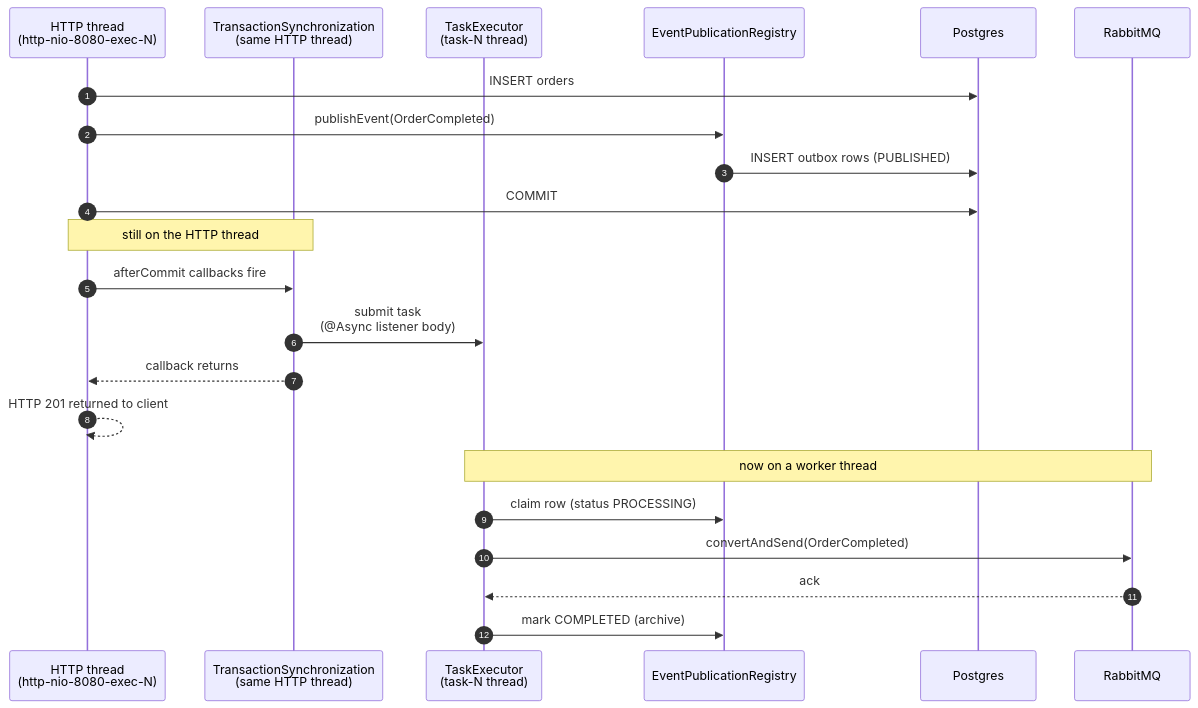
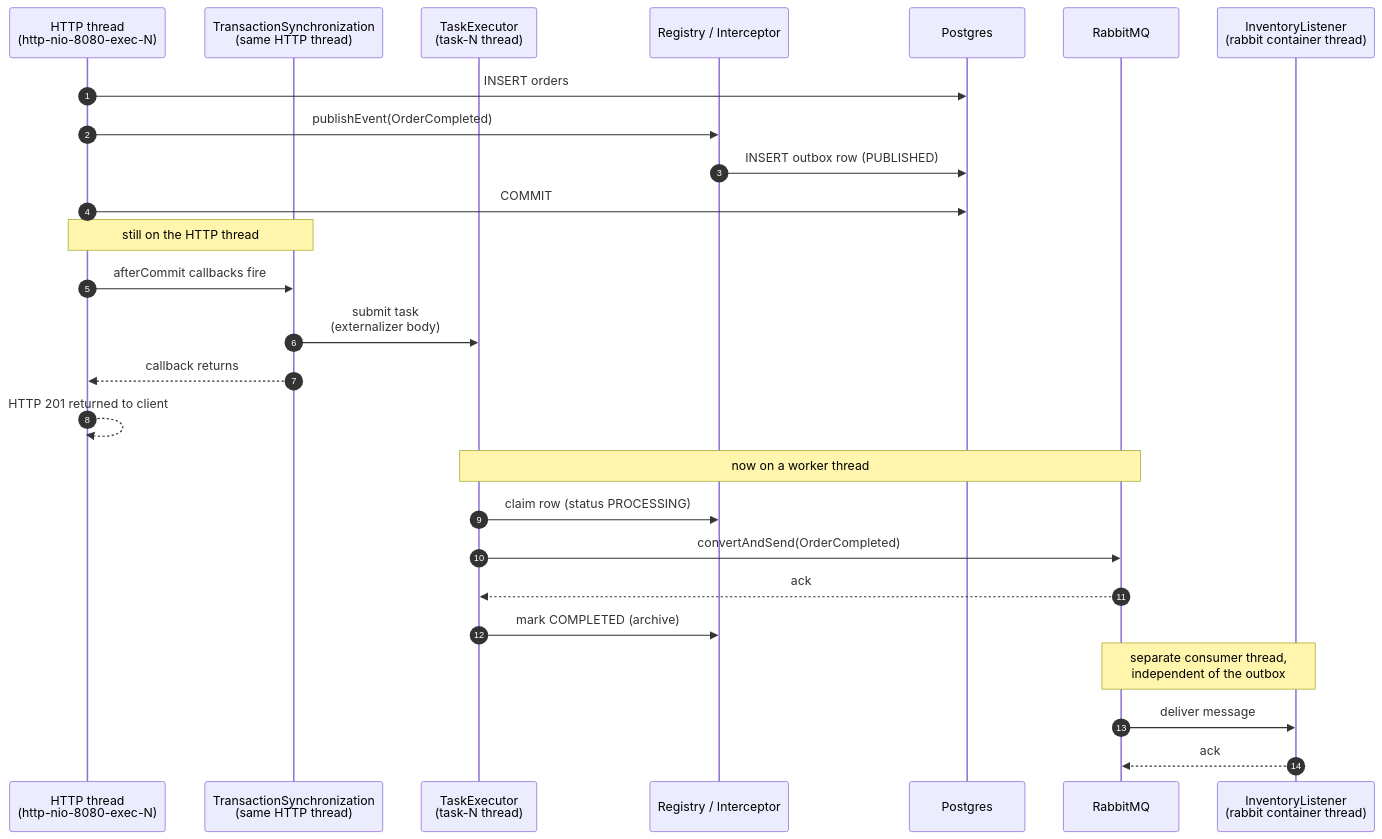
One commit to ashakirin/springboot changed the fourth of 7 diagrams in jspring-modulith-outbox/modulith-outbox.md. Above: the diagram before and after it, drawn with Mermaid. The commit also changed other lines of this file and 2 other files, not shown here.

Commit message:
Updated to real RabbitMQ listener

````diff
--- a/jspring-modulith-outbox/modulith-outbox.md
+++ b/jspring-modulith-outbox/modulith-outbox.md
@@ -184,26 +215,31 @@
 ```mermaid
 sequenceDiagram
     autonumber
     participant Http as HTTP thread<br/>(http-nio-8080-exec-N)
     participant Sync as TransactionSynchronization<br/>(same HTTP thread)
     participant Exec as TaskExecutor<br/>(task-N thread)
-    participant Reg as EventPublicationRegistry
+    participant Reg as Registry / Interceptor
     participant DB as Postgres
     participant Rabbit as RabbitMQ
+    participant Inv as InventoryListener<br/>(rabbit container thread)
 
     Http->>DB: INSERT orders
     Http->>Reg: publishEvent(OrderCompleted)
-    Reg->>DB: INSERT outbox rows (PUBLISHED)
+    Reg->>DB: INSERT outbox row (PUBLISHED)
     Http->>DB: COMMIT
     Note over Http,Sync: still on the HTTP thread
     Http->>Sync: afterCommit callbacks fire
-    Sync->>Exec: submit task<br/>(@Async listener body)
+    Sync->>Exec: submit task<br/>(externalizer body)
     Sync-->>Http: callback returns
     Http-->>Http: HTTP 201 returned to client
 
     Note over Exec,Rabbit: now on a worker thread
     Exec->>Reg: claim row (status PROCESSING)
     Exec->>Rabbit: convertAndSend(OrderCompleted)
     Rabbit-->>Exec: ack
     Exec->>Reg: mark COMPLETED (archive)
+
+    Note over Rabbit,Inv: separate consumer thread,<br/>independent of the outbox
+    Rabbit->>Inv: deliver message
+    Inv-->>Rabbit: ack
 ```
````
